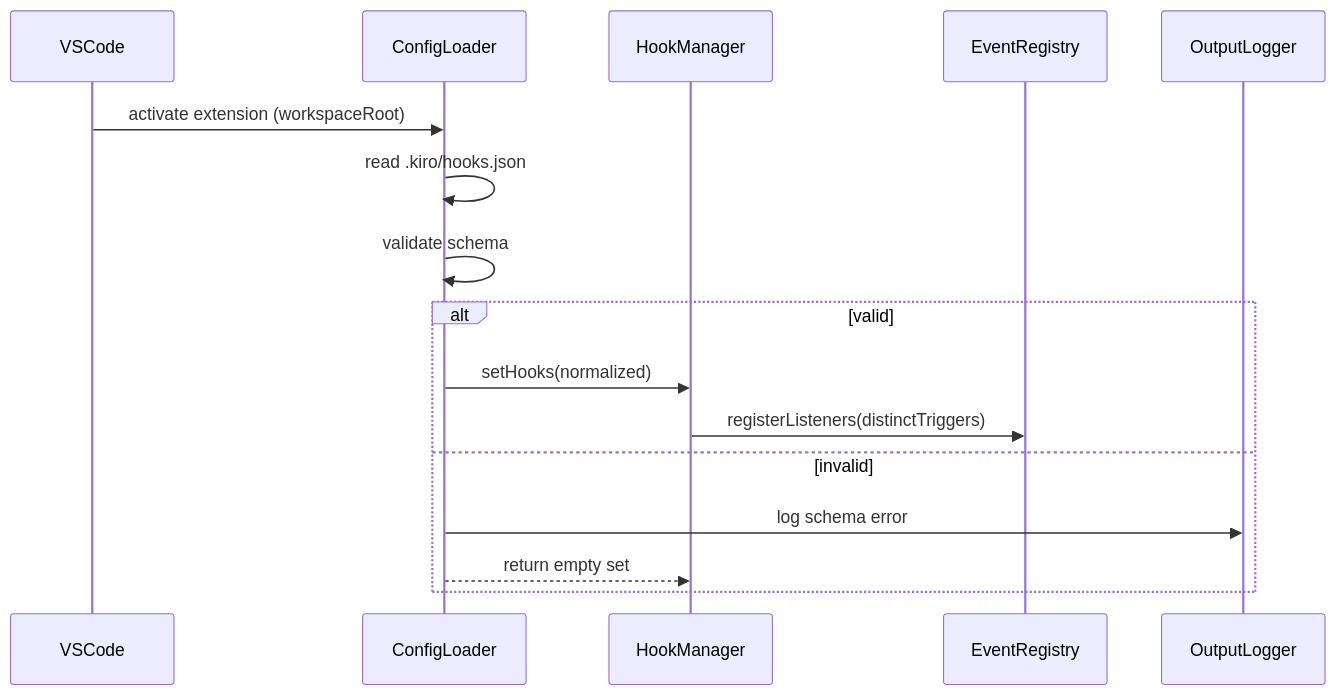
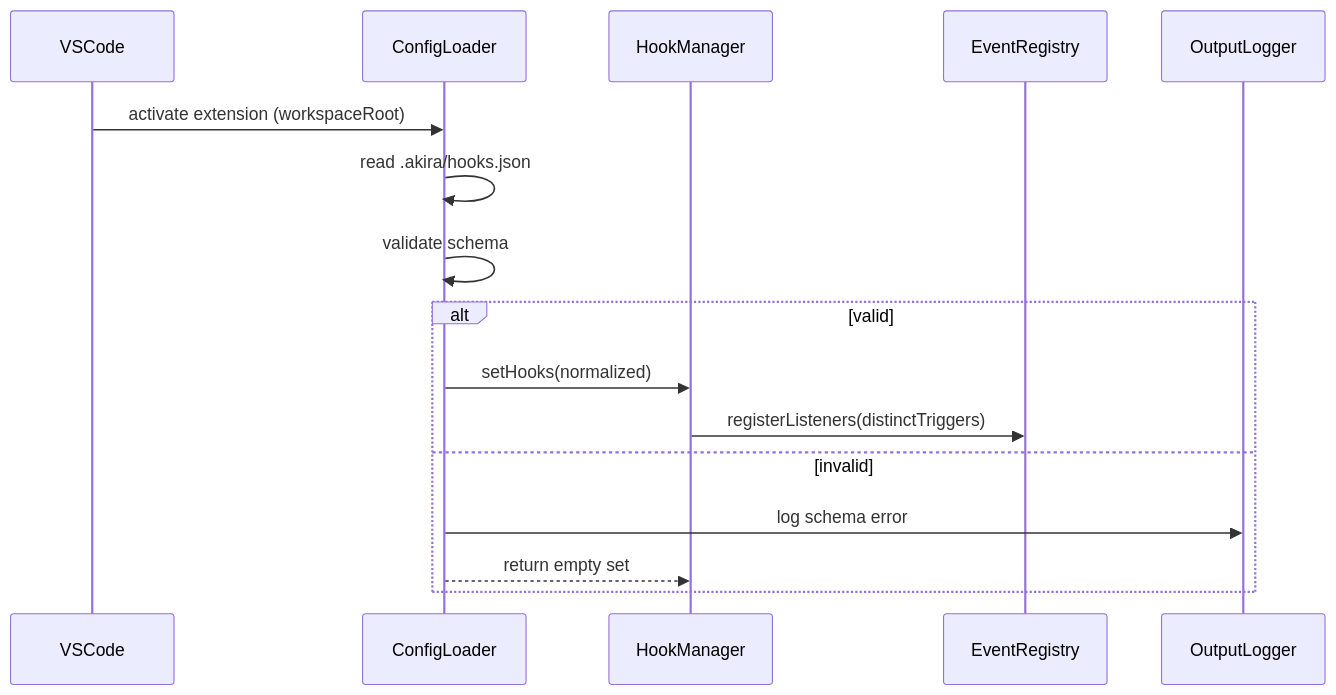
One commit to Digital-Defiance/Akira changed the first of 4 diagrams in .kiro/specs/agent-hooks/design.md. Above: the diagram before and after it, drawn with Mermaid. The commit also changed other lines of this file and 54 other files, not shown here.

````diff
--- a/.kiro/specs/agent-hooks/design.md
+++ b/.kiro/specs/agent-hooks/design.md
@@ -248,19 +282,19 @@
 ```mermaid
 sequenceDiagram
   participant VS as VSCode
   participant CL as ConfigLoader
   participant HM as HookManager
   participant ER as EventRegistry
   participant OL as OutputLogger
 
   VS->>CL: activate extension (workspaceRoot)
-  CL->>CL: read .kiro/hooks.json
+  CL->>CL: read .akira/hooks.json
   CL->>CL: validate schema
   alt valid
     CL->>HM: setHooks(normalized)
     HM->>ER: registerListeners(distinctTriggers)
   else invalid
     CL->>OL: log schema error
     CL-->>HM: return empty set
   end
 ```
````
